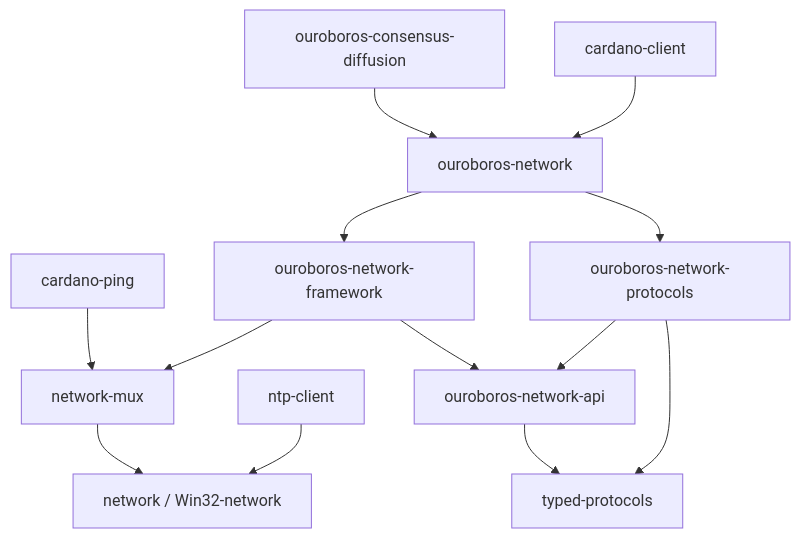
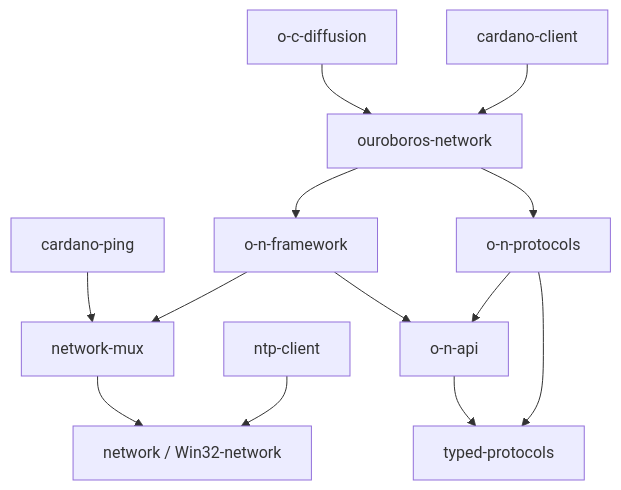
Before and after one commit to IntersectMBO/ouroboros-network: the diagram in README.md, drawn with Mermaid. The commit also changed other lines of this file, not shown here.

Commit message:
README.md: mermide graph nodes have too long lebels

````diff
--- a/README.md
+++ b/README.md
@@ -18,26 +19,26 @@
 ```mermaid
   flowchart TD
-    A[network-mux]                   --> B[network / Win32-network]
-    M[cardano-ping]                  --> A
-    D[ouroboros-network-framework]   --> A
-    D                                --> E[ouroboros-network-api]
-    E                                --> H[typed-protocols]
-    G                                --> H[typed-protocols]
-    G                                --> E
-    F[ouroboros-network]             --> D
-    F                                --> G[ouroboros-network-protocols]
-    I[ouroboros-consensus-diffusion] --> F
-    J[cardano-client]                --> F
-    K[ntp-client]                    --> B
+    A[network-mux]       --> B[network / Win32-network]
+    M[cardano-ping]      --> A
+    D[o-n-framework]     --> A
+    D                    --> E[o-n-api]
+    E                    --> H[typed-protocols]
+    G                    --> H[typed-protocols]
+    G                    --> E
+    F[ouroboros-network] --> D
+    F                    --> G[o-n-protocols]
+    I[o-c-diffusion]     --> F
+    J[cardano-client]    --> F
+    K[ntp-client]        --> B
 
    click A "https://ouroboros-network.cardano.intersectmbo.org/network-mux/" _blank
    click M "https://ouroboros-network.cardano.intersectmbo.org/cardano-ping/" _blank
    click D "https://ouroboros-network.cardano.intersectmbo.org/ouroboros-network-framework/" _blank
    click E "https://ouroboros-network.cardano.intersectmbo.org/ouroboros-network-api/" _blank
    click F "https://ouroboros-network.cardano.intersectmbo.org/ouroboros-network/" _blank
    click G "https://ouroboros-network.cardano.intersectmbo.org/ouroboros-network-protocols/" _blank
    click I "https://github.com/intersectmbo/ouroboros-consensus/" _blank
    click J "https://ouroboros-network.cardano.intersectmbo.org/cardano-client/" _blank
    click K "https://ouroboros-network.cardano.intersectmbo.org/ntp-client/" _blank
    click H "https://github.com/input-output-hk/typed-protocols/" _blank
 ```
````
